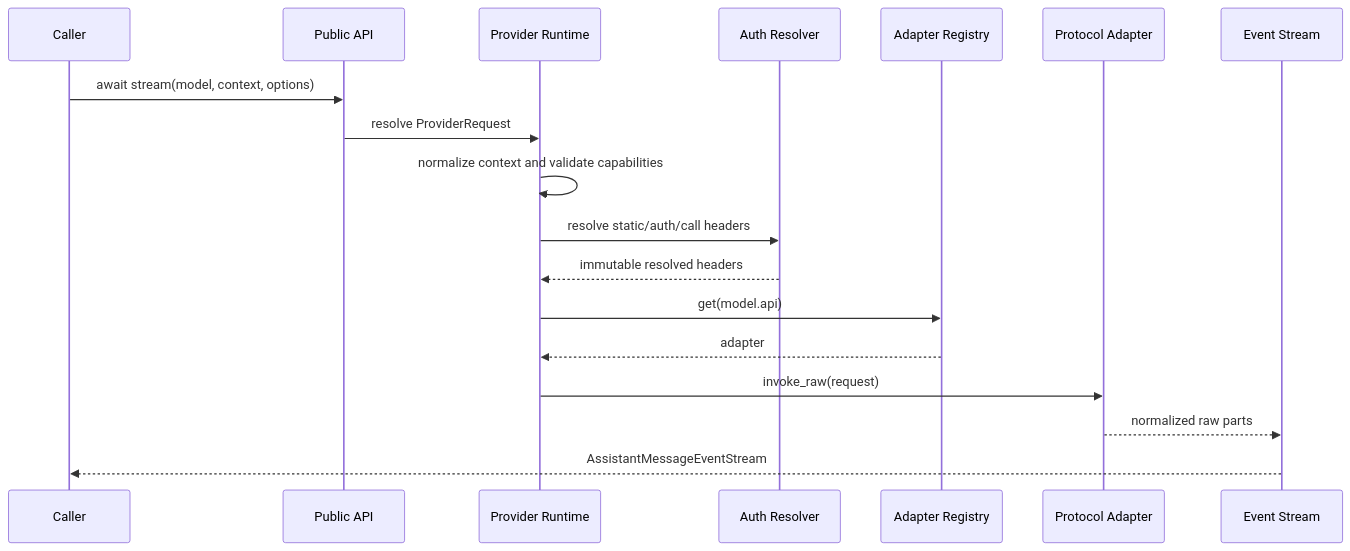
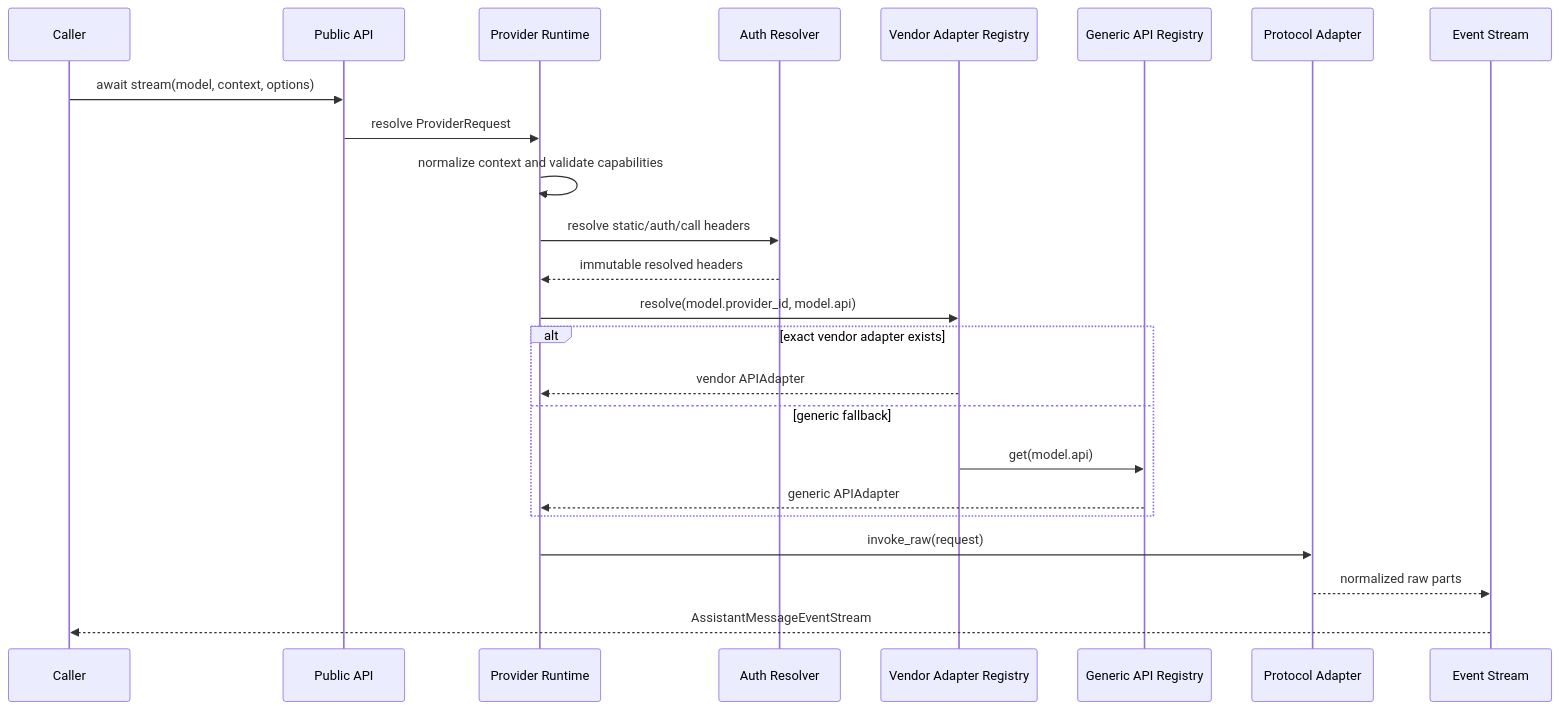
One commit to wrongbutworks/loushang changed the first of 2 diagrams in docs/internals/architecture/ai/loushang-ai-component-interactions-v1.md. Above: the diagram before and after it, drawn with Mermaid. The commit also changed other lines of this file and 243 other files, not shown here.

Commit message:
refactor(ai): unify adapter and model identity semantics

````diff
--- a/docs/internals/architecture/ai/loushang-ai-component-interactions-v1.md
+++ b/docs/internals/architecture/ai/loushang-ai-component-interactions-v1.md
@@ -5,21 +5,27 @@
 ```mermaid
 sequenceDiagram
     participant Caller
     participant API as Public API
     participant Runtime as Provider Runtime
     participant Auth as Auth Resolver
-    participant Registry as Adapter Registry
+    participant ProviderRegistry as Vendor Adapter Registry
+    participant APIRegistry as Generic API Registry
     participant Adapter as Protocol Adapter
     participant Events as Event Stream
 
     Caller->>API: await stream(model, context, options)
     API->>Runtime: resolve ProviderRequest
     Runtime->>Runtime: normalize context and validate capabilities
     Runtime->>Auth: resolve static/auth/call headers
     Auth-->>Runtime: immutable resolved headers
-    Runtime->>Registry: get(model.api)
-    Registry-->>Runtime: adapter
+    Runtime->>ProviderRegistry: resolve(model.provider_id, model.api)
+    alt exact vendor adapter exists
+        ProviderRegistry-->>Runtime: vendor APIAdapter
+    else generic fallback
+        ProviderRegistry->>APIRegistry: get(model.api)
+        APIRegistry-->>Runtime: generic APIAdapter
+    end
     Runtime->>Adapter: invoke_raw(request)
     Adapter-->>Events: normalized raw parts
     Events-->>Caller: AssistantMessageEventStream
 ```
````
